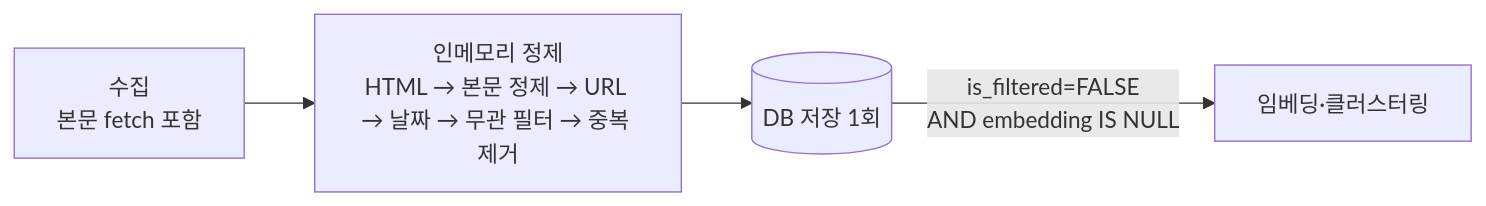
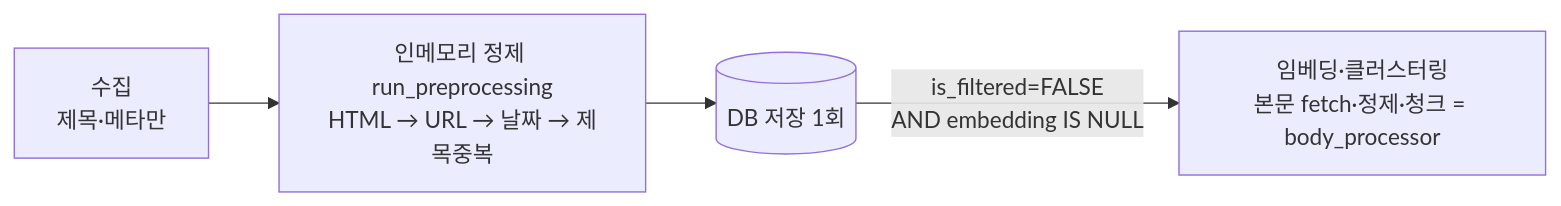
The first of 2 diagrams in docs/design/04-preprocessing-design.md (jangdokdae990/jangdokdae-server), drawn with Mermaid before and after one commit. The commit also changed other lines of this file and 3 other files, not shown here.

````diff
--- a/docs/design/04-preprocessing-design.md
+++ b/docs/design/04-preprocessing-design.md
@@ -35,6 +35,6 @@
 ```mermaid
 flowchart LR
-    A[수집<br/>본문 fetch 포함] --> B[인메모리 정제<br/>HTML → 본문 정제 → URL → 날짜 → 무관 필터 → 중복 제거]
+    A[수집<br/>제목·메타만] --> B[인메모리 정제 run_preprocessing<br/>HTML → URL → 날짜 → 제목중복]
     B --> C[(DB 저장 1회)]
-    C -->|is_filtered=FALSE<br/>AND embedding IS NULL| D[임베딩·클러스터링]
+    C -->|is_filtered=FALSE<br/>AND embedding IS NULL| D[임베딩·클러스터링<br/>본문 fetch·정제·청크 = body_processor]
 ```
````
